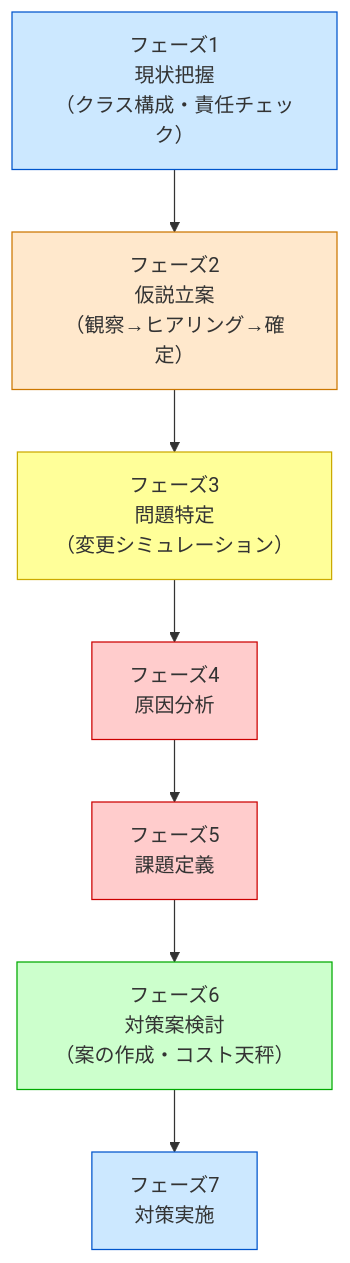
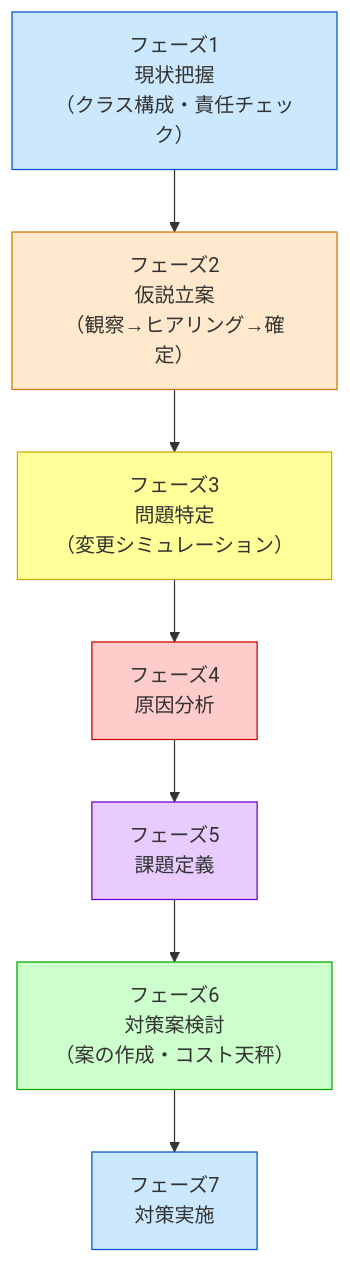
One commit to kumachan1101-pixel/DesignPattern changed the diagram in kindle/design-patterns/output/chapter00_2.md. Above: the diagram before and after it, drawn with Mermaid. The commit also changed other lines of this file and 3 other files, not shown here.

````diff
--- a/kindle/design-patterns/output/chapter00_2.md
+++ b/kindle/design-patterns/output/chapter00_2.md
@@ -31,20 +31,20 @@
 ```mermaid
 graph TD
     F1["フェーズ1<br>現状把握<br>（クラス構成・責任チェック）"]
     F2["フェーズ2<br>仮説立案<br>（観察→ヒアリング→確定）"]
     F3["フェーズ3<br>問題特定<br>（変更シミュレーション）"]
     F4["フェーズ4<br>原因分析"]
     F5["フェーズ5<br>課題定義"]
     F6["フェーズ6<br>対策案検討<br>（案の作成・コスト天秤）"]
     F7["フェーズ7<br>対策実施"]
 
     F1 --> F2 --> F3 --> F4 --> F5 --> F6 --> F7
 
     style F1 fill:#cce8ff,stroke:#0055cc
     style F2 fill:#ffe8cc,stroke:#cc7700
     style F3 fill:#ffff99,stroke:#ccaa00
     style F4 fill:#ffcccc,stroke:#cc0000
-    style F5 fill:#ffcccc,stroke:#cc0000
+    style F5 fill:#e8ccff,stroke:#6600cc
     style F6 fill:#ccffcc,stroke:#00aa00
     style F7 fill:#cce8ff,stroke:#0055cc
 ```
````
